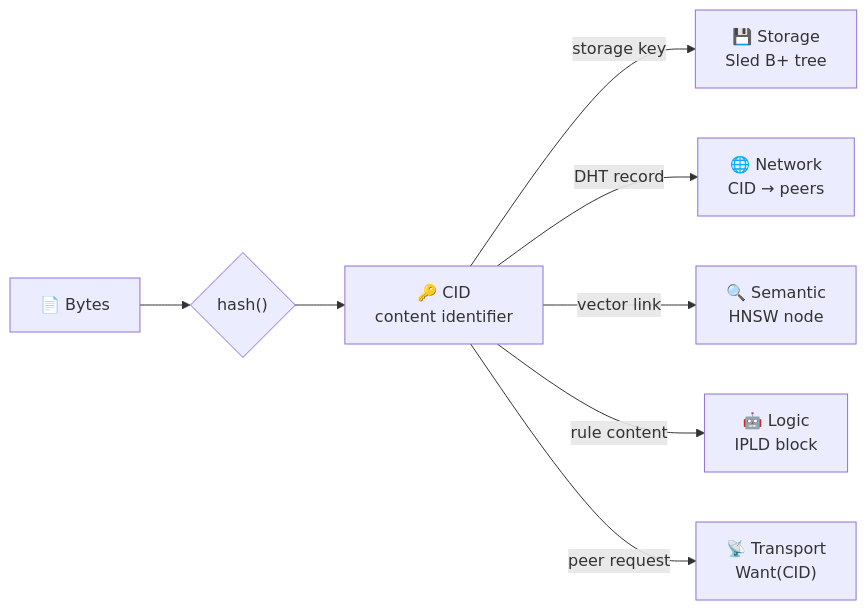
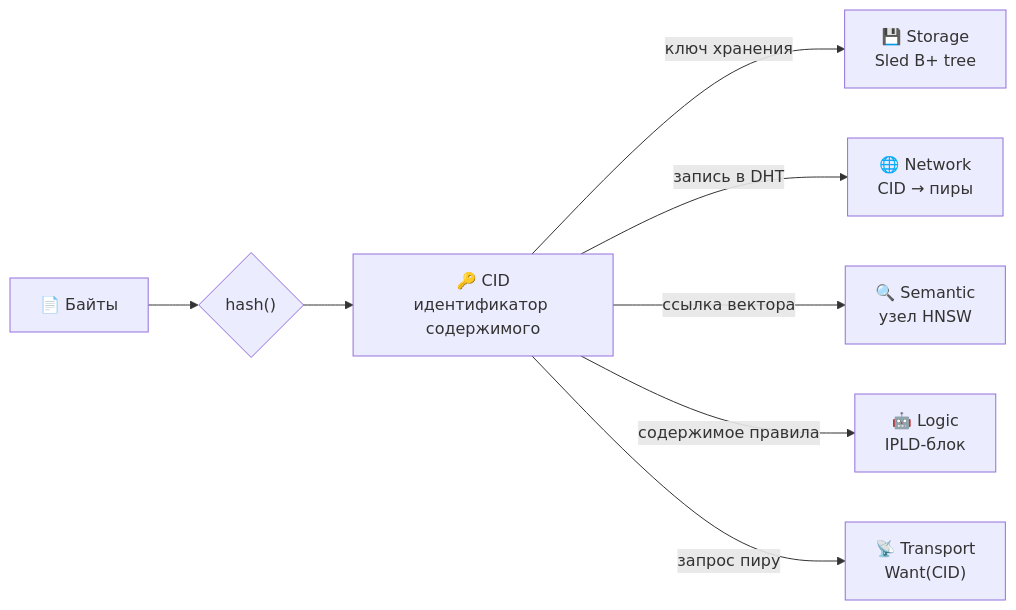
The second of 8 diagrams in README.md (yunusovt983-art/ipfrs-ai), drawn with Mermaid before and after one commit. The commit also changed other lines of this file, not shown here.

First line of the commit message:
docs: Translate README to Russian + add architecture docs table

````diff
--- a/README.md
+++ b/README.md
@@ -63,10 +63,10 @@
 ```mermaid
 flowchart LR
-    B["📄 Bytes"] --> H{"hash()"} --> CID["🔑 CID\ncontent identifier"]
+    B["📄 Байты"] --> H{"hash()"} --> CID["🔑 CID\nидентификатор содержимого"]
 
-    CID -->|"storage key"| ST["💾 Storage\nSled B+ tree"]
-    CID -->|"DHT record"| NW["🌐 Network\nCID → peers"]
-    CID -->|"vector link"| SM["🔍 Semantic\nHNSW node"]
-    CID -->|"rule content"| LG["🤖 Logic\nIPLD block"]
-    CID -->|"peer request"| TR["📡 Transport\nWant(CID)"]
+    CID -->|"ключ хранения"| ST["💾 Storage\nSled B+ tree"]
+    CID -->|"запись в DHT"| NW["🌐 Network\nCID → пиры"]
+    CID -->|"ссылка вектора"| SM["🔍 Semantic\nузел HNSW"]
+    CID -->|"содержимое правила"| LG["🤖 Logic\nIPLD-блок"]
+    CID -->|"запрос пиру"| TR["📡 Transport\nWant(CID)"]
 ```
````
